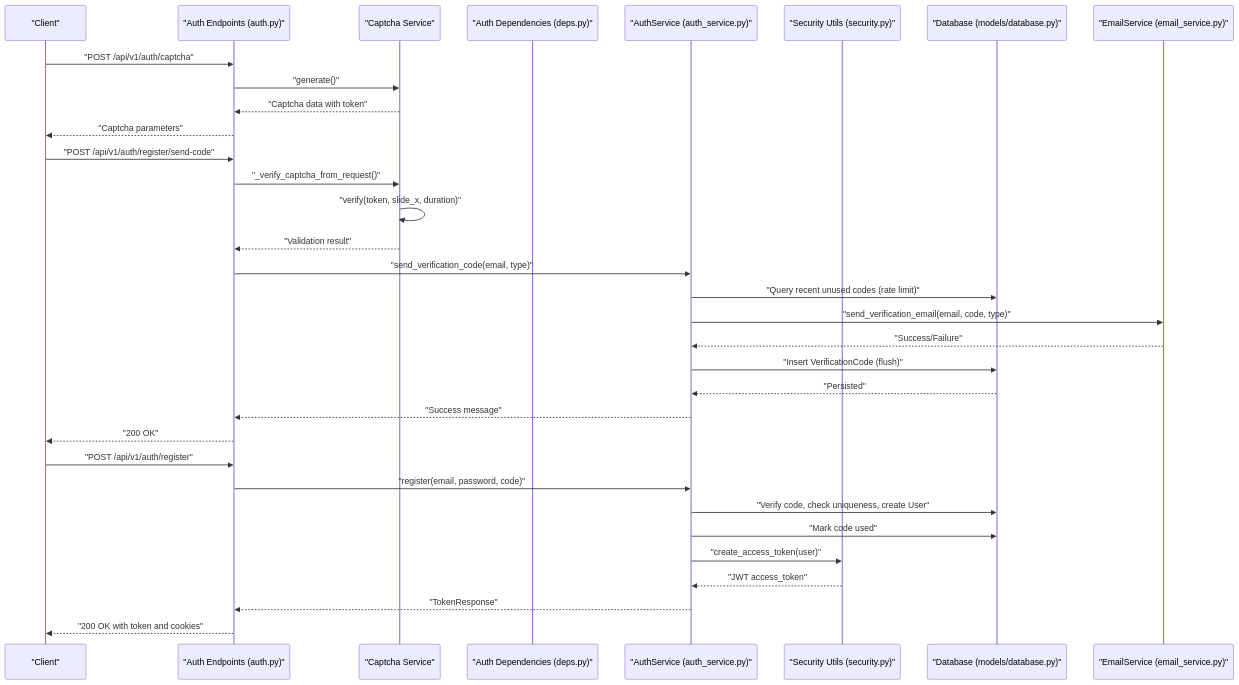
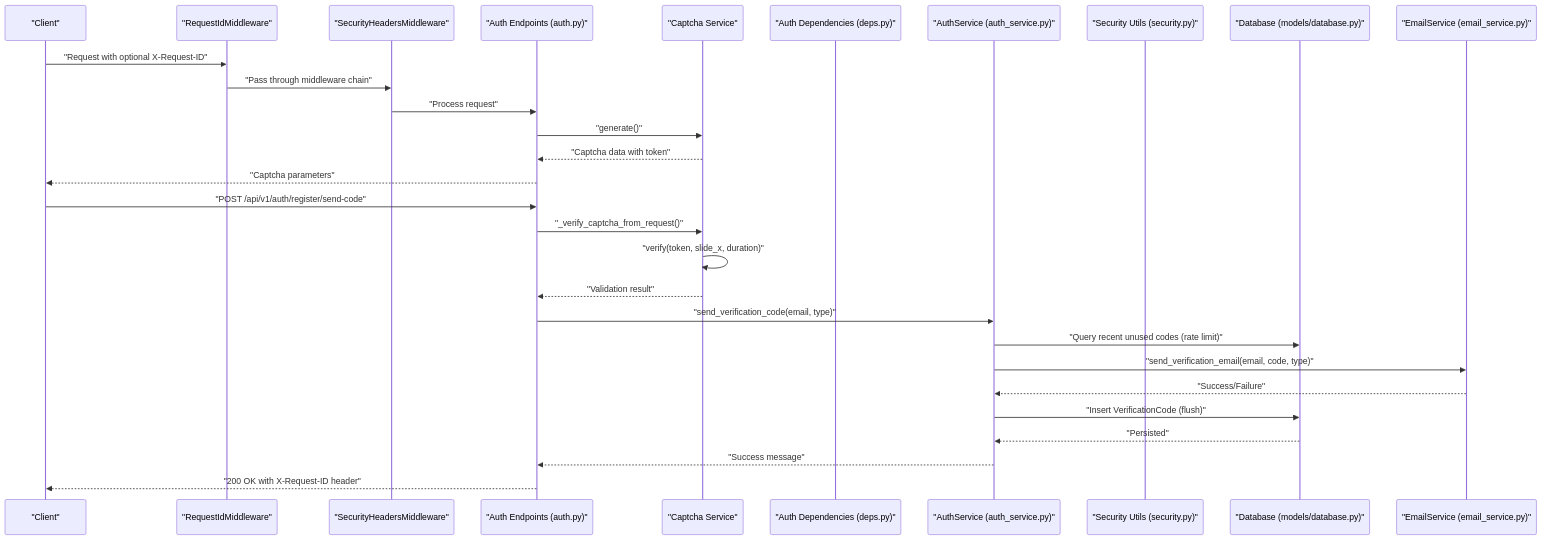
The second of 16 diagrams in .qoder/repowiki/en/content/Architecture Overview/Backend Architecture/Security Architecture.md (rain1andsnow2a/aidiary), drawn with Mermaid before and after one commit. The commit also changed other lines of this file and 44 other files, not shown here.

````diff
--- a/.qoder/repowiki/en/content/Architecture Overview/Backend Architecture/Security Architecture.md
+++ b/.qoder/repowiki/en/content/Architecture Overview/Backend Architecture/Security Architecture.md
@@ -113,35 +121,31 @@
 ```mermaid
 sequenceDiagram
 participant Client as "Client"
+participant RequestId as "RequestIdMiddleware"
+participant SecurityHeaders as "SecurityHeadersMiddleware"
 participant API as "Auth Endpoints (auth.py)"
 participant Captcha as "Captcha Service"
 participant Deps as "Auth Dependencies (deps.py)"
 participant Service as "AuthService (auth_service.py)"
 participant Security as "Security Utils (security.py)"
 participant DB as "Database (models/database.py)"
 participant Email as "EmailService (email_service.py)"
-Client->>API : "POST /api/v1/auth/captcha"
+Client->>RequestId : "Request with optional X-Request-ID"
+RequestId->>SecurityHeaders : "Pass through middleware chain"
+SecurityHeaders->>API : "Process request"
 API->>Captcha : "generate()"
 Captcha-->>API : "Captcha data with token"
 API-->>Client : "Captcha parameters"
 Client->>API : "POST /api/v1/auth/register/send-code"
 API->>Captcha : "_verify_captcha_from_request()"
 Captcha->>Captcha : "verify(token, slide_x, duration)"
 Captcha-->>API : "Validation result"
 API->>Service : "send_verification_code(email, type)"
 Service->>DB : "Query recent unused codes (rate limit)"
 Service->>Email : "send_verification_email(email, code, type)"
 Email-->>Service : "Success/Failure"
 Service->>DB : "Insert VerificationCode (flush)"
 DB-->>Service : "Persisted"
 Service-->>API : "Success message"
-API-->>Client : "200 OK"
-Client->>API : "POST /api/v1/auth/register"
-API->>Service : "register(email, password, code)"
-Service->>DB : "Verify code, check uniqueness, create User"
-Service->>DB : "Mark code used"
-Service->>Security : "create_access_token(user)"
-Security-->>Service : "JWT access_token"
-Service-->>API : "TokenResponse"
-API-->>Client : "200 OK with token and cookies"
+API-->>Client : "200 OK with X-Request-ID header"
 ```
````
